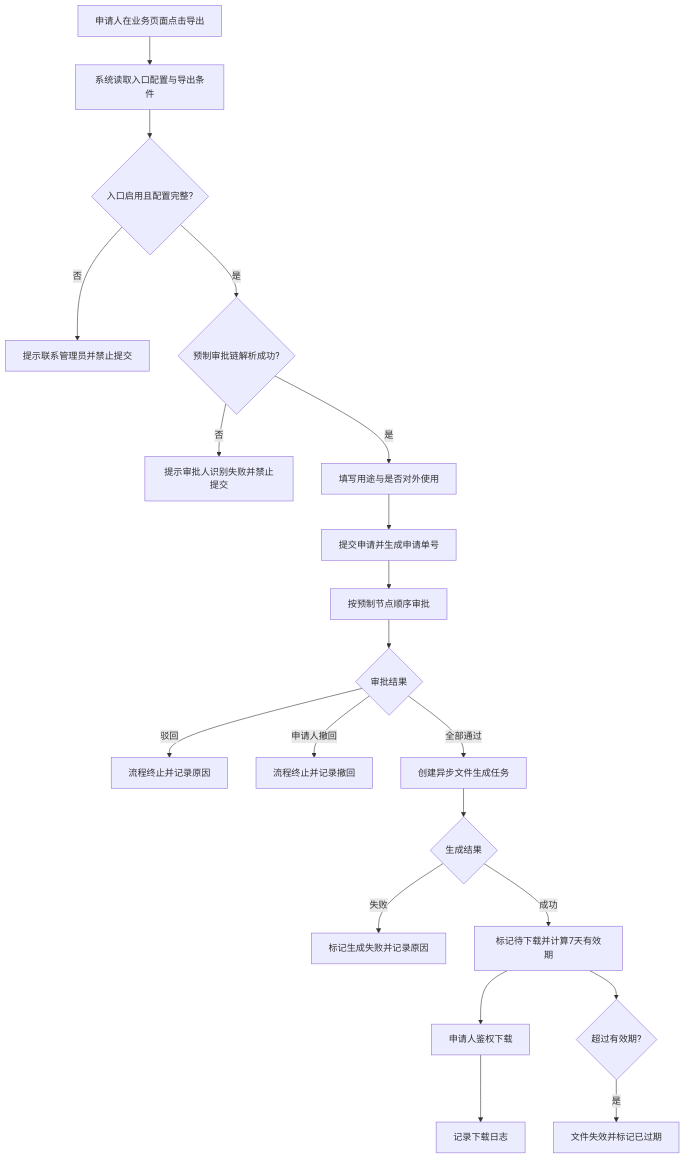
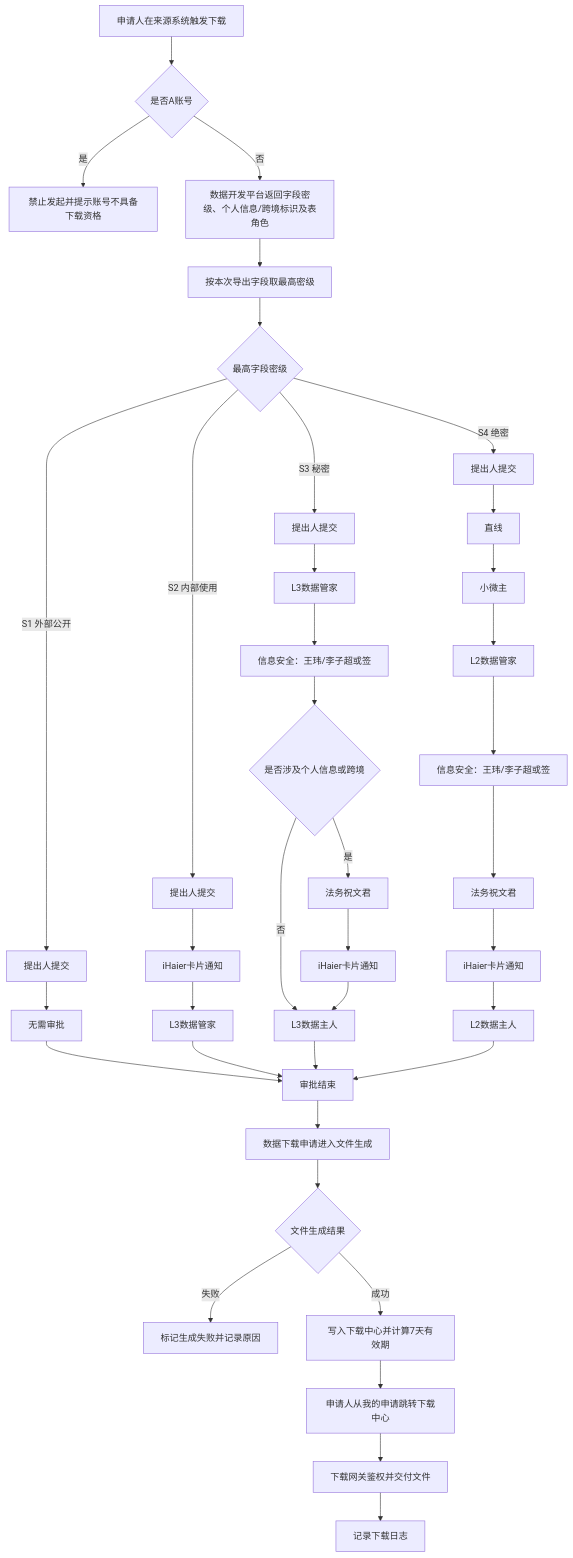
One commit to yangqiang5156/dip-proto changed the first of 2 diagrams in 智慧家庭数智平台下载中心_PRD_PMO视角.md. Above: the diagram before and after it, drawn with Mermaid. The commit also changed other lines of this file and 37 other files, not shown here.

````diff
--- a/智慧家庭数智平台下载中心_PRD_PMO视角.md
+++ b/智慧家庭数智平台下载中心_PRD_PMO视角.md
@@ -145,22 +155,45 @@
 ```mermaid
 flowchart TD
-    A[申请人在业务页面点击导出] --> B[系统读取入口配置与导出条件]
-    B --> C{入口启用且配置完整?}
-    C -- 否 --> C1[提示联系管理员并禁止提交]
-    C -- 是 --> D{预制审批链解析成功?}
-    D -- 否 --> D1[提示审批人识别失败并禁止提交]
-    D -- 是 --> E[填写用途与是否对外使用]
-    E --> F[提交申请并生成申请单号]
-    F --> G[按预制节点顺序审批]
-    G --> H{审批结果}
-    H -- 驳回 --> H1[流程终止并记录原因]
-    H -- 申请人撤回 --> H2[流程终止并记录撤回]
-    H -- 全部通过 --> I[创建异步文件生成任务]
-    I --> J{生成结果}
-    J -- 失败 --> J1[标记生成失败并记录原因]
-    J -- 成功 --> K[标记待下载并计算7天有效期]
-    K --> L[申请人鉴权下载]
-    L --> M[记录下载日志]
-    K --> N{超过有效期?}
-    N -- 是 --> O[文件失效并标记已过期]
+    A[申请人在来源系统触发下载] --> A1{是否A账号}
+    A1 -- 是 --> A2[禁止发起并提示账号不具备下载资格]
+    A1 -- 否 --> B[数据开发平台返回字段密级、个人信息/跨境标识及表角色]
+    B --> C[按本次导出字段取最高密级]
+    C --> D{最高字段密级}
+
+    D -- S1 外部公开 --> S1[提出人提交]
+    S1 --> S1A[无需审批]
+    S1A --> Z[审批结束]
+
+    D -- S2 内部使用 --> S2[提出人提交]
+    S2 --> S2N[iHaier卡片通知]
+    S2N --> S2G[L3数据管家]
+    S2G --> Z
+
+    D -- S3 秘密 --> S3[提出人提交]
+    S3 --> S3G[L3数据管家]
+    S3G --> S3S[信息安全：王玮/李子超或签]
+    S3S --> S3Q{是否涉及个人信息或跨境}
+    S3Q -- 否 --> S3O[L3数据主人]
+    S3Q -- 是 --> S3L[法务祝文君]
+    S3L --> S3N[iHaier卡片通知]
+    S3N --> S3O
+    S3O --> Z
+
+    D -- S4 绝密 --> S4[提出人提交]
+    S4 --> S4D[直线]
+    S4D --> S4M[小微主]
+    S4M --> S4G[L2数据管家]
+    S4G --> S4S[信息安全：王玮/李子超或签]
+    S4S --> S4L[法务祝文君]
+    S4L --> S4N[iHaier卡片通知]
+    S4N --> S4O[L2数据主人]
+    S4O --> Z
+
+    Z --> F[数据下载申请进入文件生成]
+    F --> G{文件生成结果}
+    G -- 失败 --> G1[标记生成失败并记录原因]
+    G -- 成功 --> H[写入下载中心并计算7天有效期]
+    H --> I[申请人从我的申请跳转下载中心]
+    I --> J[下载网关鉴权并交付文件]
+    J --> K[记录下载日志]
 ```
````
